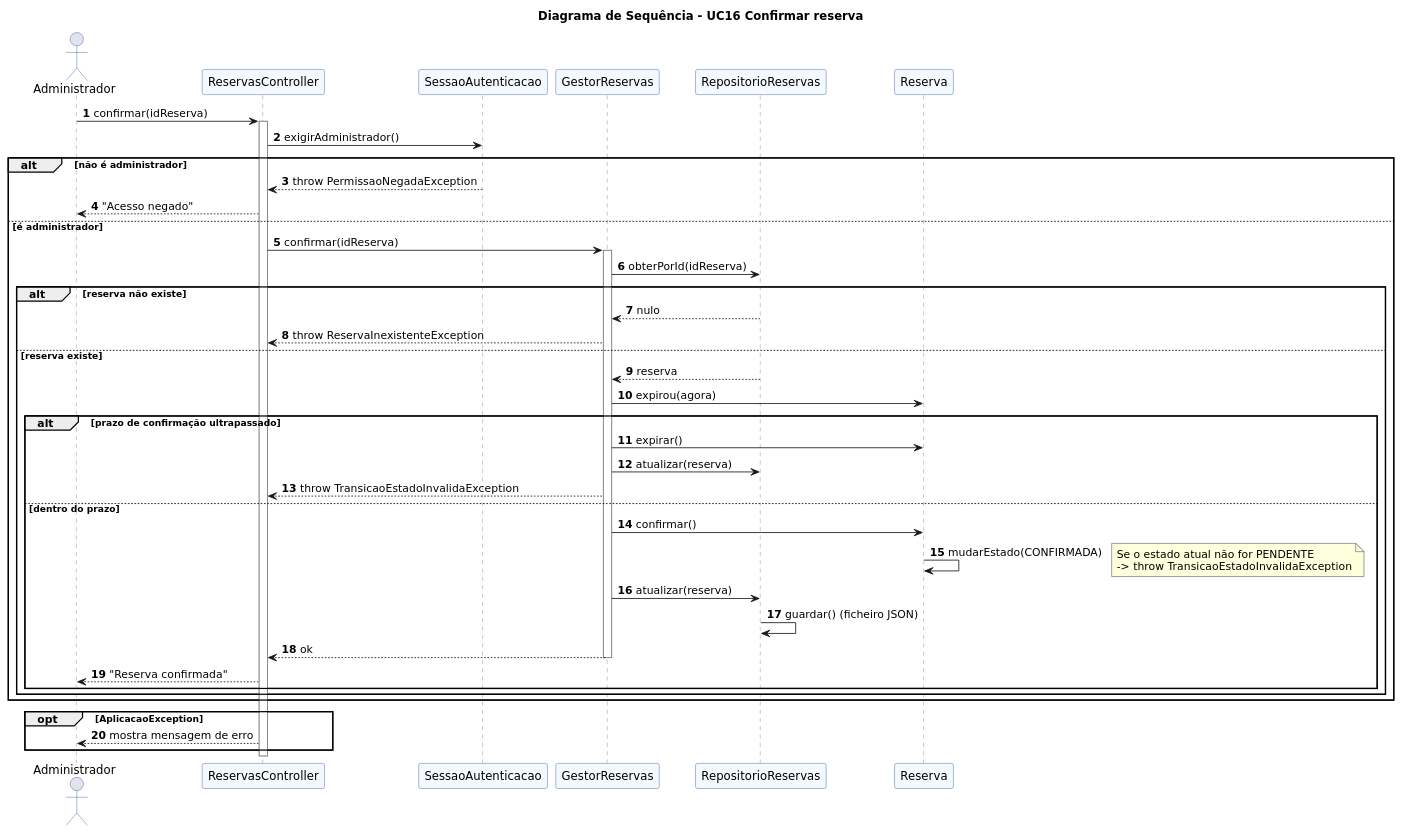
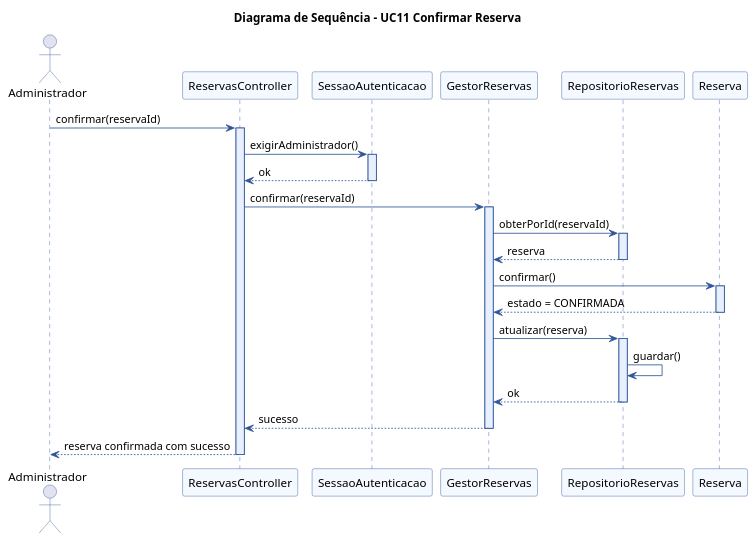
One commit to SilvaCDC297/ProjetoPOO changed the diagram in DA_JS_LP/E1/09_sequencia_confirmar_reserva.puml. Above: the diagram before and after it, drawn with PlantUML. The commit also changed 16 other files, not shown here.

```diff
--- a/DA_JS_LP/E1/09_sequencia_confirmar_reserva.puml
+++ b/DA_JS_LP/E1/09_sequencia_confirmar_reserva.puml
@@ -1,58 +1,54 @@
 @startuml
-title Diagrama de Sequência – UC16 Confirmar reserva
+title Diagrama de Sequência – UC11 Confirmar Reserva
 skinparam shadowing false
-skinparam defaultFontName DejaVu Sans
+skinparam defaultFontName "Segoe UI"
 skinparam sequence {
   ParticipantBackgroundColor #F4F8FF
   ParticipantBorderColor #2F5597
   ActorBorderColor #2F5597
-  LifeLineBorderColor #7F7F7F
+  LifeLineBorderColor #2F5597
+  LifeLineBackgroundColor #E8F0FE
+  ArrowColor #2F5597
 }
-autonumber
+
 actor Administrador
 participant ReservasController
 participant SessaoAutenticacao
 participant GestorReservas
 participant RepositorioReservas
 participant Reserva
 
-Administrador -> ReservasController : confirmar(idReserva)
+Administrador -> ReservasController : confirmar(reservaId)
 activate ReservasController
+
 ReservasController -> SessaoAutenticacao : exigirAdministrador()
-alt não é administrador
-  SessaoAutenticacao --> ReservasController : throw PermissaoNegadaException
-  ReservasController --> Administrador : "Acesso negado"
-else é administrador
-  ReservasController -> GestorReservas : confirmar(idReserva)
-  activate GestorReservas
-  GestorReservas -> RepositorioReservas : obterPorId(idReserva)
-  alt reserva não existe
-    RepositorioReservas --> GestorReservas : nulo
-    GestorReservas --> ReservasController : throw ReservaInexistenteException
-  else reserva existe
-    RepositorioReservas --> GestorReservas : reserva
-    GestorReservas -> Reserva : expirou(agora)
-    alt prazo de confirmação ultrapassado
-      GestorReservas -> Reserva : expirar()
-      GestorReservas -> RepositorioReservas : atualizar(reserva)
-      GestorReservas --> ReservasController : throw TransicaoEstadoInvalidaException
-    else dentro do prazo
-      GestorReservas -> Reserva : confirmar()
-      Reserva -> Reserva : mudarEstado(CONFIRMADA)
-      note right
-        Se o estado atual não for PENDENTE
-        -> throw TransicaoEstadoInvalidaException
-      end note
-      GestorReservas -> RepositorioReservas : atualizar(reserva)
-      RepositorioReservas -> RepositorioReservas : guardar() (ficheiro JSON)
-      GestorReservas --> ReservasController : ok
-      deactivate GestorReservas
-      ReservasController --> Administrador : "Reserva confirmada"
-    end
-  end
-end
-opt AplicacaoException
-  ReservasController --> Administrador : mostra mensagem de erro
-end
+activate SessaoAutenticacao
+SessaoAutenticacao --> ReservasController : ok
+deactivate SessaoAutenticacao
+
+ReservasController -> GestorReservas : confirmar(reservaId)
+activate GestorReservas
+
+GestorReservas -> RepositorioReservas : obterPorId(reservaId)
+activate RepositorioReservas
+RepositorioReservas --> GestorReservas : reserva
+deactivate RepositorioReservas
+
+GestorReservas -> Reserva : confirmar()
+activate Reserva
+Reserva --> GestorReservas : estado = CONFIRMADA
+deactivate Reserva
+
+GestorReservas -> RepositorioReservas : atualizar(reserva)
+activate RepositorioReservas
+RepositorioReservas -> RepositorioReservas : guardar()
+RepositorioReservas --> GestorReservas : ok
+deactivate RepositorioReservas
+
+GestorReservas --> ReservasController : sucesso
+deactivate GestorReservas
+
+ReservasController --> Administrador : reserva confirmada com sucesso
 deactivate ReservasController
+
 @enduml
```
